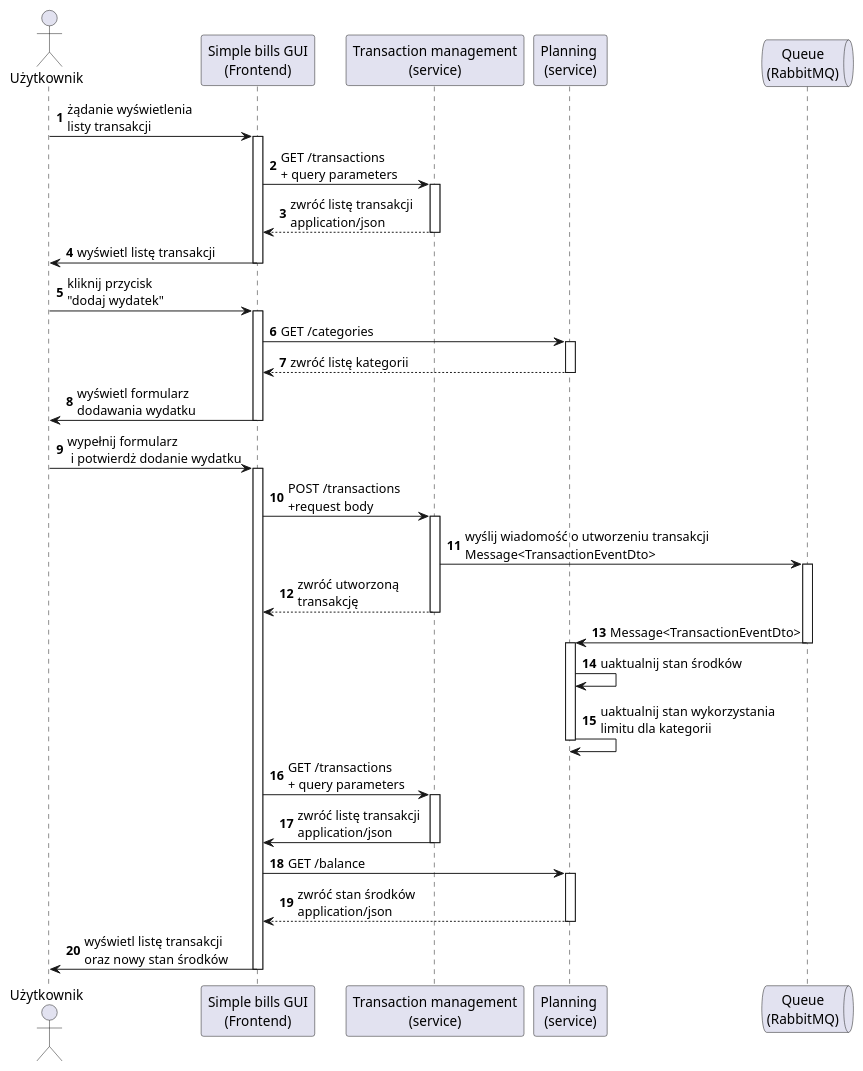
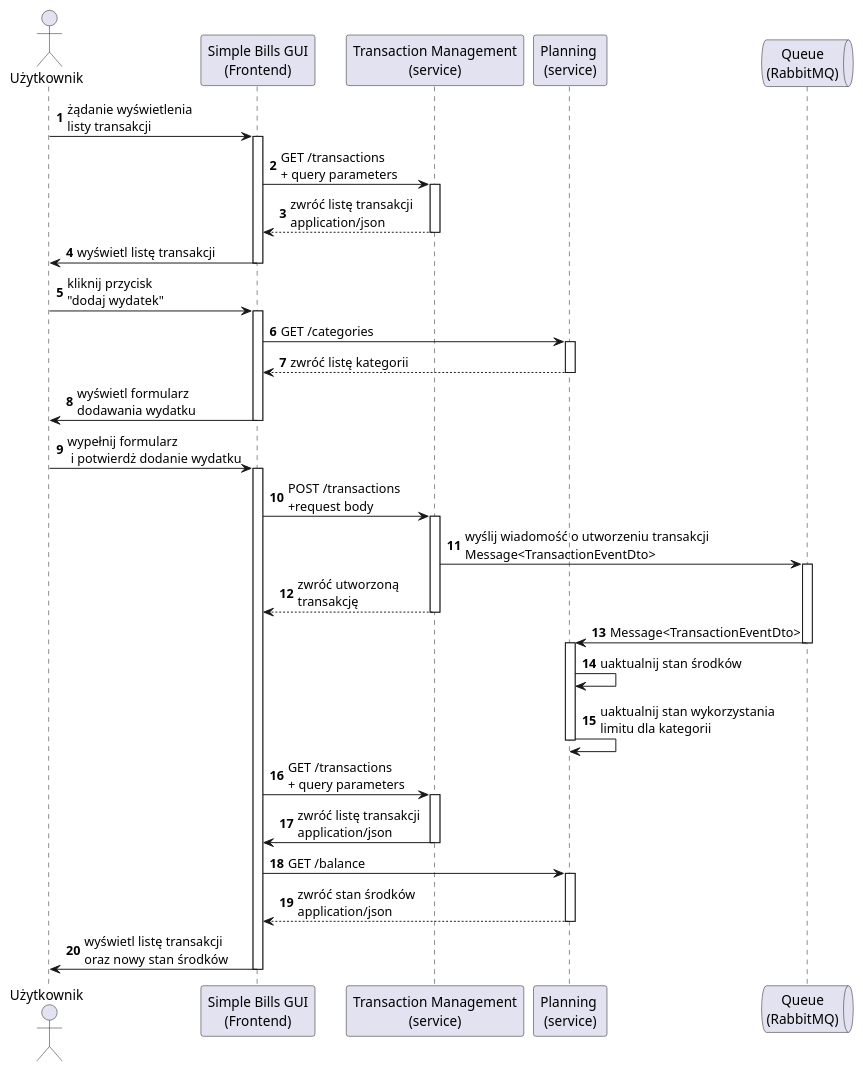
The diagram in diagrams/sequence-diagrams/add-new-expense.puml (lukaszse/simple-bills), drawn with PlantUML before and after one commit. The commit also changed 1 other file, not shown here.

Commit message:
Fix naming on sequence diagrams

```diff
--- a/diagrams/sequence-diagrams/add-new-expense.puml
+++ b/diagrams/sequence-diagrams/add-new-expense.puml
@@ -1,72 +1,72 @@
 @startuml
 'https://plantuml.com/sequence-diagram
 
 autonumber
 
 actor Użytkownik as user
-participant "Simple bills GUI\n(Frontend)" as gui
-participant "Transaction management\n(service)" as transaction
+participant "Simple Bills GUI\n(Frontend)" as gui
+participant "Transaction Management\n(service)" as transaction
 participant "Planning \n(service)" as planning
 queue "Queue\n(RabbitMQ)" as rabbit
 
 user -> gui: żądanie wyświetlenia\nlisty transakcji
 activate gui
 
 gui -> transaction: GET /transactions\n+ query parameters
 activate transaction
 
 transaction --> gui: zwróć listę transakcji \napplication/json
 deactivate transaction
 
 gui -> user: wyświetl listę transakcji
 deactivate gui
 
 user -> gui: kliknij przycisk\n"dodaj wydatek"
 activate gui
 
 gui -> planning:GET /categories
 activate planning
 
 planning --> gui: zwróć listę kategorii
 deactivate planning
 
 gui -> user:wyświetl formularz\ndodawania wydatku
 deactivate gui
 
 user -> gui: wypełnij formularz\n i potwierdż dodanie wydatku
 activate gui
 
 gui -> transaction: POST /transactions\n+request body
 activate transaction
 
 transaction -> rabbit: wyślij wiadomość o utworzeniu transakcji\nMessage<TransactionEventDto>
 activate rabbit
 
 transaction --> gui: zwróć utworzoną\ntransakcję
 deactivate transaction
 
 rabbit -> planning: Message<TransactionEventDto>
 deactivate rabbit
 activate planning
 
 planning -> planning: uaktualnij stan środków
 planning -> planning: uaktualnij stan wykorzystania\nlimitu dla kategorii
 deactivate planning
 
 gui -> transaction: GET /transactions\n+ query parameters
 activate transaction
 
 
 transaction -> gui: zwróć listę transakcji \napplication/json
 deactivate transaction
 
 gui -> planning: GET /balance
 activate planning
 
 planning --> gui: zwróć stan środków\napplication/json
 deactivate planning
 
 gui -> user: wyświetl listę transakcji\noraz nowy stan środków
 deactivate gui
 
 @enduml
```
